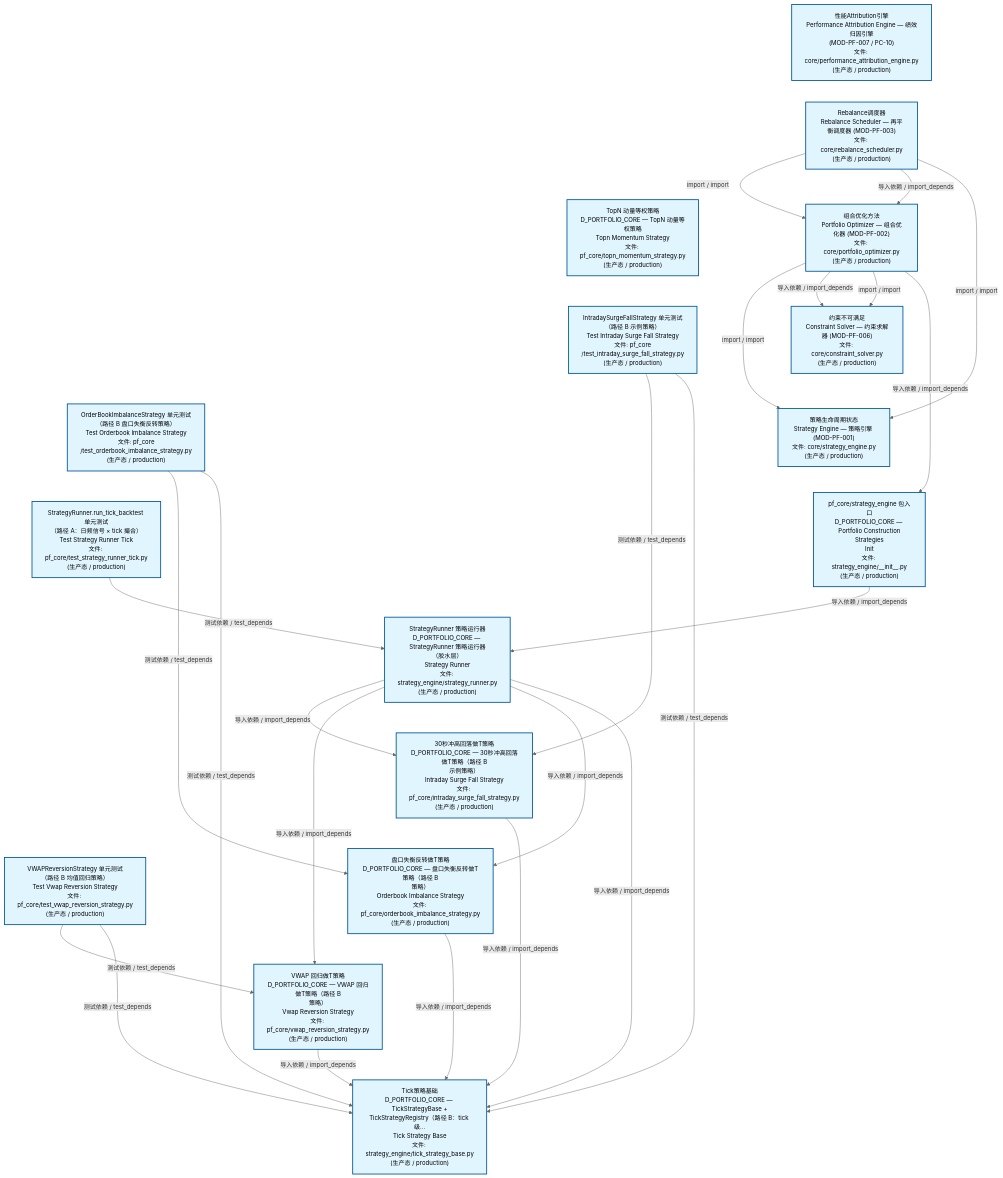
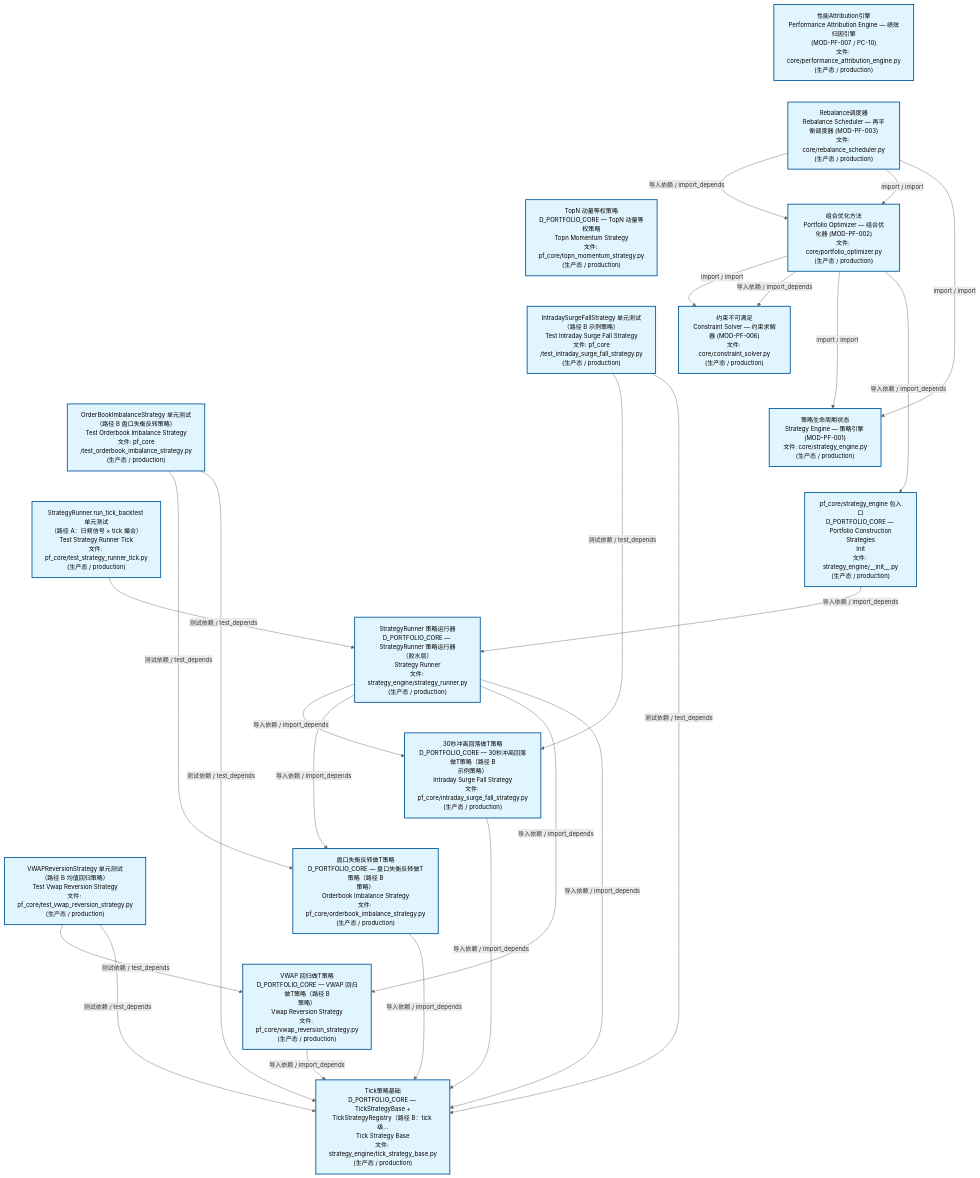
Before and after one commit to xuanFelixVan/ZephyrAlpha: the second of 3 diagrams in docs/02_enterprise_architecture/02_domain_architecture_docs/63_d_pf_core.md, drawn with Mermaid. The commit also changed other lines of this file and 48 other files, not shown here.

````diff
--- a/docs/02_enterprise_architecture/02_domain_architecture_docs/63_d_pf_core.md
+++ b/docs/02_enterprise_architecture/02_domain_architecture_docs/63_d_pf_core.md
@@ -141,57 +141,57 @@
 ```mermaid
 %%{init: {'theme': 'base', 'themeVariables': {'primaryColor': '#eaeaea', 'primaryTextColor': '#333333', 'primaryBorderColor': '#666666', 'lineColor': '#666666', 'secondaryColor': '#eaeaea', 'tertiaryColor': '#eaeaea', 'fontSize': '14px'}}}%%
 flowchart TD
     src_zephyr_pf_core_core_performance_attribution_engine_py["性能Attribution引擎<br/>Performance Attribution Engine — 绩效归因引擎<br/>(MOD-PF-007 / PC-10)<br/>文件: core/performance_attribution_engine.py<br/>(生产态 / production)"]
     src_zephyr_pf_core_core_rebalance_scheduler_py["Rebalance调度器<br/>Rebalance Scheduler — 再平衡调度器 (MOD-PF-003)<br/>文件: core/rebalance_scheduler.py<br/>(生产态 / production)"]
     src_zephyr_pf_core_topn_momentum_strategy_py["TopN 动量等权策略<br/>D_PORTFOLIO_CORE — TopN 动量等权策略<br/>Topn Momentum Strategy<br/>文件: pf_core/topn_momentum_strategy.py<br/>(生产态 / production)"]
     tests_pf_core_test_intraday_surge_fall_strategy_py["IntradaySurgeFallStrategy 单元测试<br/>（路径 B 示例策略）<br/>Test Intraday Surge Fall Strategy<br/>文件: pf_core<br/>/test_intraday_surge_fall_strategy.py<br/>(生产态 / production)"]
     tests_pf_core_test_orderbook_imbalance_strategy_py["OrderBookImbalanceStrategy 单元测试<br/>（路径 B 盘口失衡反转策略）<br/>Test Orderbook Imbalance Strategy<br/>文件: pf_core<br/>/test_orderbook_imbalance_strategy.py<br/>(生产态 / production)"]
     tests_pf_core_test_strategy_runner_tick_py["StrategyRunner.run_tick_backtest 单元测试<br/>（路径 A：日频信号 × tick 撮合）<br/>Test Strategy Runner Tick<br/>文件: pf_core/test_strategy_runner_tick.py<br/>(生产态 / production)"]
     tests_pf_core_test_vwap_reversion_strategy_py["VWAPReversionStrategy 单元测试<br/>（路径 B 均值回归策略）<br/>Test Vwap Reversion Strategy<br/>文件: pf_core/test_vwap_reversion_strategy.py<br/>(生产态 / production)"]
     src_zephyr_pf_core_core_performance_attribution_engine_py ~~~ src_zephyr_pf_core_core_rebalance_scheduler_py
     src_zephyr_pf_core_core_rebalance_scheduler_py ~~~ src_zephyr_pf_core_topn_momentum_strategy_py
     src_zephyr_pf_core_topn_momentum_strategy_py ~~~ tests_pf_core_test_intraday_surge_fall_strategy_py
     tests_pf_core_test_intraday_surge_fall_strategy_py ~~~ tests_pf_core_test_orderbook_imbalance_strategy_py
     tests_pf_core_test_orderbook_imbalance_strategy_py ~~~ tests_pf_core_test_strategy_runner_tick_py
     tests_pf_core_test_strategy_runner_tick_py ~~~ tests_pf_core_test_vwap_reversion_strategy_py
     src_zephyr_pf_core_core_portfolio_optimizer_py["组合优化方法<br/>Portfolio Optimizer — 组合优化器 (MOD-PF-002)<br/>文件: core/portfolio_optimizer.py<br/>(生产态 / production)"]
     src_zephyr_pf_core_core_constraint_solver_py["约束不可满足<br/>Constraint Solver — 约束求解器 (MOD-PF-006)<br/>文件: core/constraint_solver.py<br/>(生产态 / production)"]
     src_zephyr_pf_core_core_strategy_engine_py["策略生命周期状态<br/>Strategy Engine — 策略引擎 (MOD-PF-001)<br/>文件: core/strategy_engine.py<br/>(生产态 / production)"]
     src_zephyr_pf_core_strategy_engine_init_py["pf_core/strategy_engine 包入口<br/>D_PORTFOLIO_CORE — Portfolio Construction<br/>Strategies<br/>Init<br/>文件: strategy_engine/__init__.py<br/>(生产态 / production)"]
     src_zephyr_pf_core_core_constraint_solver_py ~~~ src_zephyr_pf_core_core_strategy_engine_py
     src_zephyr_pf_core_core_strategy_engine_py ~~~ src_zephyr_pf_core_strategy_engine_init_py
     src_zephyr_pf_core_strategy_engine_strategy_runner_py["StrategyRunner 策略运行器<br/>D_PORTFOLIO_CORE — StrategyRunner 策略运行器<br/>（胶水层）<br/>Strategy Runner<br/>文件: strategy_engine/strategy_runner.py<br/>(生产态 / production)"]
     src_zephyr_pf_core_intraday_surge_fall_strategy_py["30秒冲高回落做T策略<br/>D_PORTFOLIO_CORE — 30秒冲高回落做T策略（路径 B<br/>示例策略）<br/>Intraday Surge Fall Strategy<br/>文件: pf_core/intraday_surge_fall_strategy.py<br/>(生产态 / production)"]
     src_zephyr_pf_core_orderbook_imbalance_strategy_py["盘口失衡反转做T策略<br/>D_PORTFOLIO_CORE — 盘口失衡反转做T策略（路径 B<br/>策略）<br/>Orderbook Imbalance Strategy<br/>文件: pf_core/orderbook_imbalance_strategy.py<br/>(生产态 / production)"]
     src_zephyr_pf_core_vwap_reversion_strategy_py["VWAP 回归做T策略<br/>D_PORTFOLIO_CORE — VWAP 回归做T策略（路径 B<br/>策略）<br/>Vwap Reversion Strategy<br/>文件: pf_core/vwap_reversion_strategy.py<br/>(生产态 / production)"]
     src_zephyr_pf_core_intraday_surge_fall_strategy_py ~~~ src_zephyr_pf_core_orderbook_imbalance_strategy_py
     src_zephyr_pf_core_orderbook_imbalance_strategy_py ~~~ src_zephyr_pf_core_vwap_reversion_strategy_py
     src_zephyr_pf_core_strategy_engine_tick_strategy_base_py["Tick策略基础<br/>D_PORTFOLIO_CORE — TickStrategyBase +<br/>TickStrategyRegistry（路径 B：tick 级...<br/>Tick Strategy Base<br/>文件: strategy_engine/tick_strategy_base.py<br/>(生产态 / production)"]
     src_zephyr_pf_core_intraday_surge_fall_strategy_py -->|导入依赖 / import_depends| src_zephyr_pf_core_strategy_engine_tick_strategy_base_py
+    src_zephyr_pf_core_orderbook_imbalance_strategy_py -->|导入依赖 / import_depends| src_zephyr_pf_core_strategy_engine_tick_strategy_base_py
+    src_zephyr_pf_core_core_portfolio_optimizer_py -->|import / import| src_zephyr_pf_core_core_constraint_solver_py
+    src_zephyr_pf_core_core_portfolio_optimizer_py -->|导入依赖 / import_depends| src_zephyr_pf_core_core_constraint_solver_py
+    src_zephyr_pf_core_core_portfolio_optimizer_py -->|import / import| src_zephyr_pf_core_core_strategy_engine_py
+    src_zephyr_pf_core_core_portfolio_optimizer_py -->|导入依赖 / import_depends| src_zephyr_pf_core_strategy_engine_init_py
+    src_zephyr_pf_core_core_rebalance_scheduler_py -->|导入依赖 / import_depends| src_zephyr_pf_core_core_portfolio_optimizer_py
+    src_zephyr_pf_core_core_rebalance_scheduler_py -->|import / import| src_zephyr_pf_core_core_portfolio_optimizer_py
+    src_zephyr_pf_core_core_rebalance_scheduler_py -->|import / import| src_zephyr_pf_core_core_strategy_engine_py
     src_zephyr_pf_core_vwap_reversion_strategy_py -->|导入依赖 / import_depends| src_zephyr_pf_core_strategy_engine_tick_strategy_base_py
-    src_zephyr_pf_core_orderbook_imbalance_strategy_py -->|导入依赖 / import_depends| src_zephyr_pf_core_strategy_engine_tick_strategy_base_py
-    src_zephyr_pf_core_core_portfolio_optimizer_py -->|import / import| src_zephyr_pf_core_core_strategy_engine_py
-    src_zephyr_pf_core_core_portfolio_optimizer_py -->|导入依赖 / import_depends| src_zephyr_pf_core_core_constraint_solver_py
-    src_zephyr_pf_core_core_portfolio_optimizer_py -->|import / import| src_zephyr_pf_core_core_constraint_solver_py
-    src_zephyr_pf_core_core_portfolio_optimizer_py -->|导入依赖 / import_depends| src_zephyr_pf_core_strategy_engine_init_py
-    src_zephyr_pf_core_core_rebalance_scheduler_py -->|import / import| src_zephyr_pf_core_core_portfolio_optimizer_py
-    src_zephyr_pf_core_core_rebalance_scheduler_py -->|导入依赖 / import_depends| src_zephyr_pf_core_core_portfolio_optimizer_py
-    src_zephyr_pf_core_core_rebalance_scheduler_py -->|import / import| src_zephyr_pf_core_core_strategy_engine_py
     src_zephyr_pf_core_strategy_engine_init_py -->|导入依赖 / import_depends| src_zephyr_pf_core_strategy_engine_strategy_runner_py
     src_zephyr_pf_core_strategy_engine_strategy_runner_py -->|导入依赖 / import_depends| src_zephyr_pf_core_intraday_surge_fall_strategy_py
+    src_zephyr_pf_core_strategy_engine_strategy_runner_py -->|导入依赖 / import_depends| src_zephyr_pf_core_orderbook_imbalance_strategy_py
     src_zephyr_pf_core_strategy_engine_strategy_runner_py -->|导入依赖 / import_depends| src_zephyr_pf_core_vwap_reversion_strategy_py
-    src_zephyr_pf_core_strategy_engine_strategy_runner_py -->|导入依赖 / import_depends| src_zephyr_pf_core_orderbook_imbalance_strategy_py
     src_zephyr_pf_core_strategy_engine_strategy_runner_py -->|导入依赖 / import_depends| src_zephyr_pf_core_strategy_engine_tick_strategy_base_py
+    tests_pf_core_test_intraday_surge_fall_strategy_py -->|测试依赖 / test_depends| src_zephyr_pf_core_intraday_surge_fall_strategy_py
+    tests_pf_core_test_intraday_surge_fall_strategy_py -->|测试依赖 / test_depends| src_zephyr_pf_core_strategy_engine_tick_strategy_base_py
     tests_pf_core_test_orderbook_imbalance_strategy_py -->|测试依赖 / test_depends| src_zephyr_pf_core_orderbook_imbalance_strategy_py
     tests_pf_core_test_orderbook_imbalance_strategy_py -->|测试依赖 / test_depends| src_zephyr_pf_core_strategy_engine_tick_strategy_base_py
-    tests_pf_core_test_intraday_surge_fall_strategy_py -->|测试依赖 / test_depends| src_zephyr_pf_core_intraday_surge_fall_strategy_py
-    tests_pf_core_test_intraday_surge_fall_strategy_py -->|测试依赖 / test_depends| src_zephyr_pf_core_strategy_engine_tick_strategy_base_py
+    tests_pf_core_test_strategy_runner_tick_py -->|测试依赖 / test_depends| src_zephyr_pf_core_strategy_engine_strategy_runner_py
     tests_pf_core_test_vwap_reversion_strategy_py -->|测试依赖 / test_depends| src_zephyr_pf_core_vwap_reversion_strategy_py
     tests_pf_core_test_vwap_reversion_strategy_py -->|测试依赖 / test_depends| src_zephyr_pf_core_strategy_engine_tick_strategy_base_py
-    tests_pf_core_test_strategy_runner_tick_py -->|测试依赖 / test_depends| src_zephyr_pf_core_strategy_engine_strategy_runner_py
     classDef production fill:#e1f5fe,stroke:#01579b,stroke-width:2px,color:#000
     classDef design fill:#fff3e0,stroke:#e65100,stroke-width:2px,color:#000,stroke-dasharray: 5 5
     classDef external_prod fill:#e8f4fd,stroke:#0277bd,stroke-width:1px,color:#000
     classDef external_design fill:#fff8e7,stroke:#ef6c00,stroke-width:1px,color:#000,stroke-dasharray: 5 5
     class src_zephyr_pf_core_core_constraint_solver_py,src_zephyr_pf_core_core_performance_attribution_engine_py,src_zephyr_pf_core_core_portfolio_optimizer_py,src_zephyr_pf_core_core_rebalance_scheduler_py,src_zephyr_pf_core_core_strategy_engine_py,src_zephyr_pf_core_intraday_surge_fall_strategy_py,src_zephyr_pf_core_orderbook_imbalance_strategy_py,src_zephyr_pf_core_strategy_engine_init_py,src_zephyr_pf_core_strategy_engine_strategy_runner_py,src_zephyr_pf_core_strategy_engine_tick_strategy_base_py,src_zephyr_pf_core_topn_momentum_strategy_py,src_zephyr_pf_core_vwap_reversion_strategy_py,tests_pf_core_test_intraday_surge_fall_strategy_py,tests_pf_core_test_orderbook_imbalance_strategy_py,tests_pf_core_test_strategy_runner_tick_py,tests_pf_core_test_vwap_reversion_strategy_py production
 ```
````
